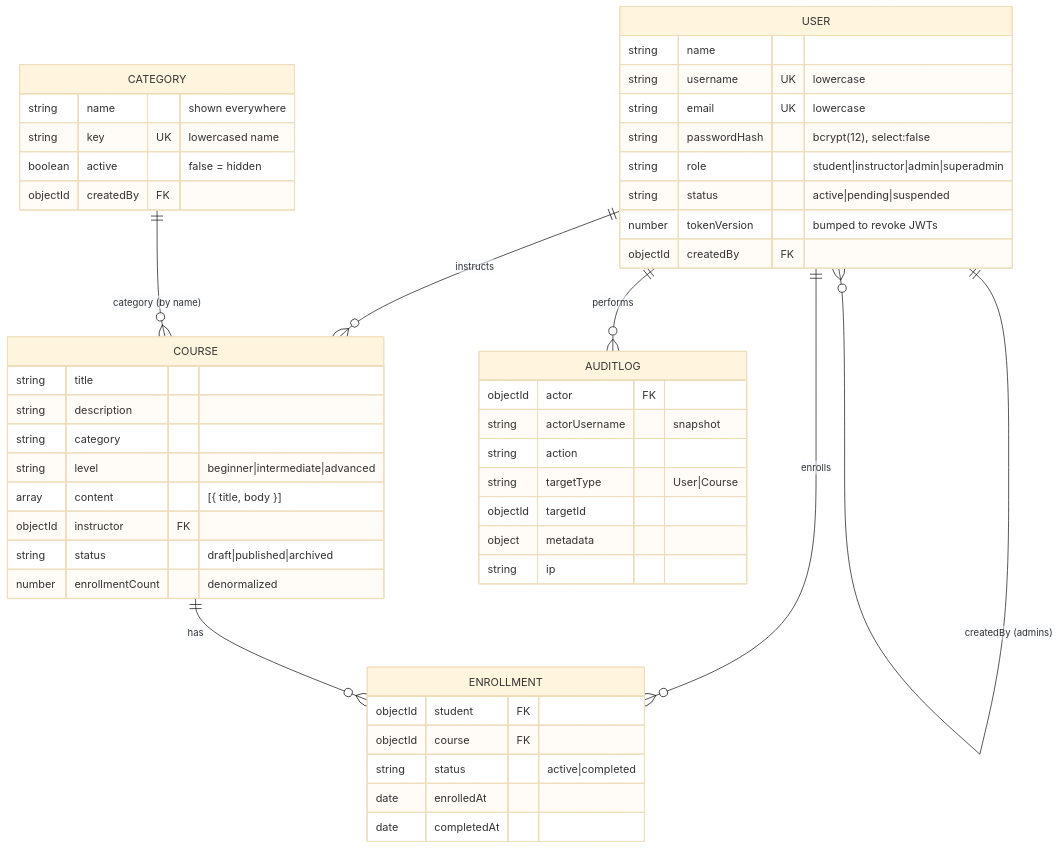
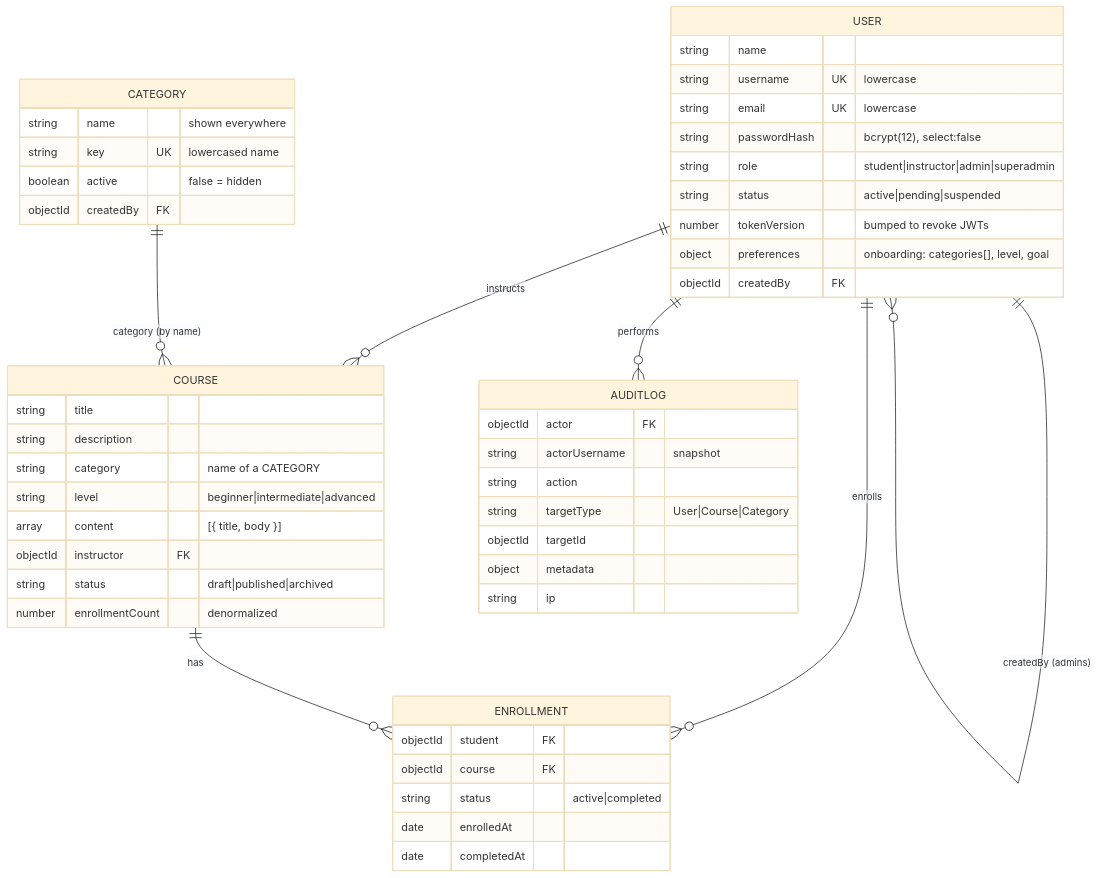
Before and after one commit to gishanchamith/GPT_LMS: the diagram in docs/DATABASE.md, drawn with Mermaid (base theme). The commit also changed other lines of this file and 8 other files, not shown here.

````diff
--- a/docs/DATABASE.md
+++ b/docs/DATABASE.md
@@ -3,52 +3,53 @@
 ```mermaid
 erDiagram
     USER ||--o{ COURSE : "instructs"
     USER ||--o{ ENROLLMENT : "enrolls"
     COURSE ||--o{ ENROLLMENT : "has"
+    CATEGORY ||--o{ COURSE : "category (by name)"
     USER ||--o{ AUDITLOG : "performs"
     USER ||--o{ USER : "createdBy (admins)"
-    CATEGORY ||--o{ COURSE : "category (by name)"
 
-    CATEGORY {
-        string name "shown everywhere"
-        string key UK "lowercased name"
-        boolean active "false = hidden"
-        objectId createdBy FK
-    }
     USER {
         string name
         string username UK "lowercase"
         string email UK "lowercase"
         string passwordHash "bcrypt(12), select:false"
         string role "student|instructor|admin|superadmin"
         string status "active|pending|suspended"
         number tokenVersion "bumped to revoke JWTs"
+        object preferences "onboarding: categories[], level, goal"
         objectId createdBy FK
     }
     COURSE {
         string title
         string description
-        string category
+        string category "name of a CATEGORY"
         string level "beginner|intermediate|advanced"
         array content "[{ title, body }]"
         objectId instructor FK
         string status "draft|published|archived"
         number enrollmentCount "denormalized"
+    }
+    CATEGORY {
+        string name "shown everywhere"
+        string key UK "lowercased name"
+        boolean active "false = hidden"
+        objectId createdBy FK
     }
     ENROLLMENT {
         objectId student FK
         objectId course FK
         string status "active|completed"
         date enrolledAt
         date completedAt
     }
     AUDITLOG {
         objectId actor FK
         string actorUsername "snapshot"
         string action
-        string targetType "User|Course"
+        string targetType "User|Course|Category"
         objectId targetId
         object metadata
         string ip
     }
 ```
````
